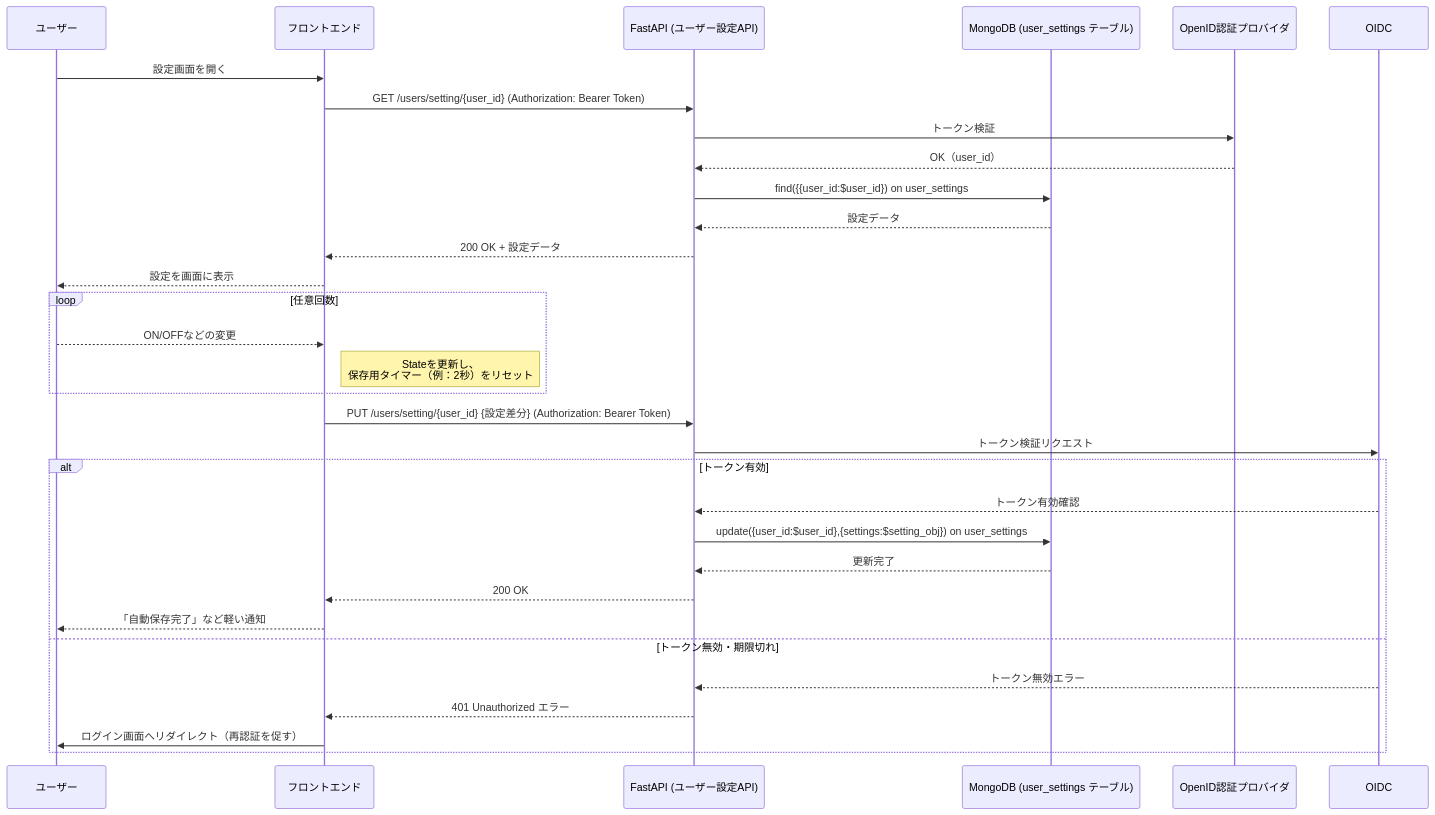
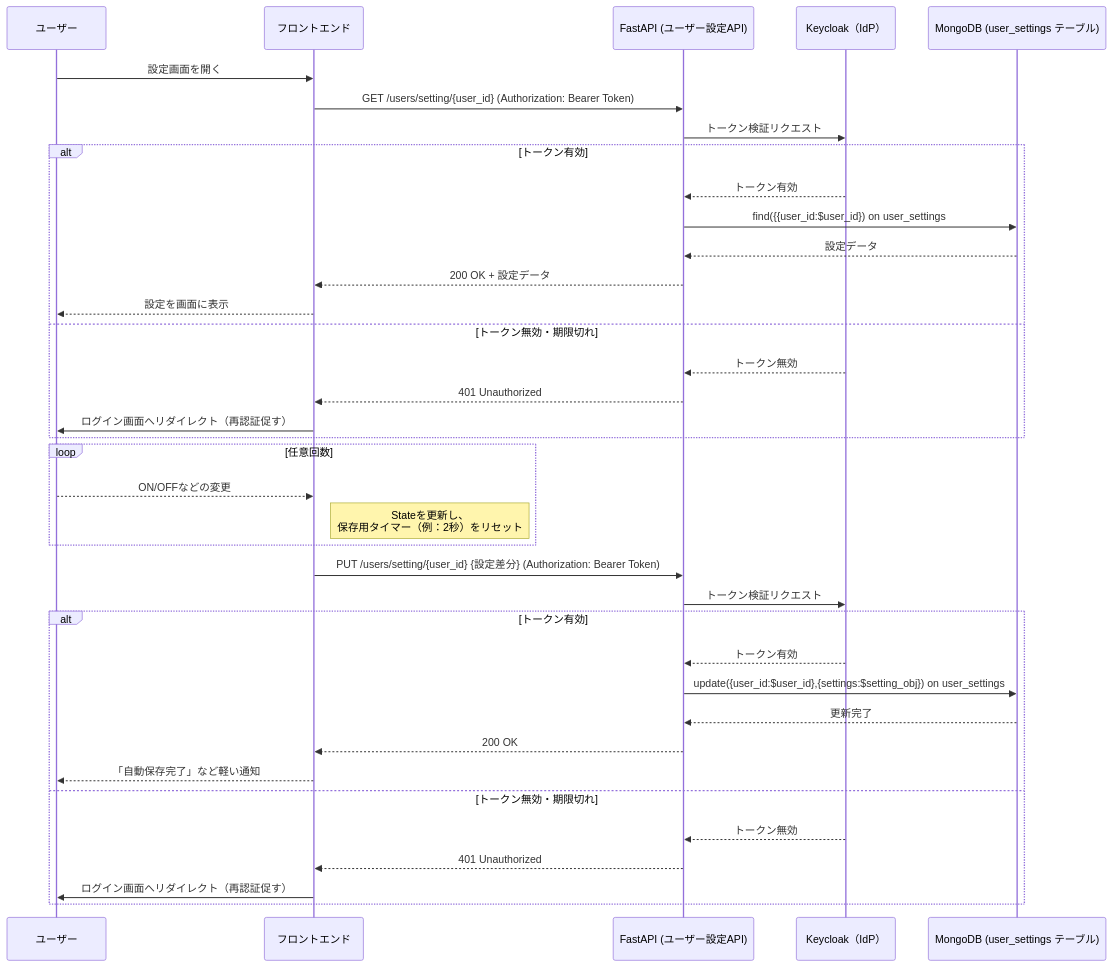
The tenth of 10 diagrams in sequence/README.md (Yumapon/microservice_app), drawn with Mermaid before and after one commit. The commit also changed other lines of this file and 14 other files, not shown here.

Commit message:
sequence and openapi

````diff
--- a/sequence/README.md
+++ b/sequence/README.md
@@ -187,39 +467,45 @@
 ```mermaid
 sequenceDiagram
     participant User as ユーザー
     participant Frontend as フロントエンド
     participant API as FastAPI (ユーザー設定API)
+    participant Keycloak as Keycloak（IdP）
     participant RDB as MongoDB (user_settings テーブル)
-    participant Auth as OpenID認証プロバイダ
 
     %% 初期設定取得
     User->>Frontend: 設定画面を開く
     Frontend->>API: GET /users/setting/{user_id} (Authorization: Bearer Token)
-    API->>Auth: トークン検証
-    Auth-->>API: OK（user_id）
-    API->>RDB: find({{user_id:$user_id}) on user_settings
-    RDB-->>API: 設定データ
-    API-->>Frontend: 200 OK + 設定データ
-    Frontend-->>User: 設定を画面に表示
+    API->>Keycloak: トークン検証リクエスト
+    alt トークン有効
+        Keycloak-->>API: トークン有効
+        API->>RDB: find({{user_id:$user_id}) on user_settings
+        RDB-->>API: 設定データ
+        API-->>Frontend: 200 OK + 設定データ
+        Frontend-->>User: 設定を画面に表示
+    else トークン無効・期限切れ
+        Keycloak-->>API: トークン無効
+        API-->>Frontend: 401 Unauthorized
+        Frontend->>User: ログイン画面へリダイレクト（再認証促す）
+    end
 
     %% ユーザーが設定変更
     loop 任意回数
         User-->>Frontend: ON/OFFなどの変更
         note right of Frontend: Stateを更新し、<br>保存用タイマー（例：2秒）をリセット
     end
 
     %% 一定時間操作がない場合のみ送信
     Frontend->>API: PUT /users/setting/{user_id} {設定差分} (Authorization: Bearer Token)
-    API->>OIDC: トークン検証リクエスト
+    API->>Keycloak: トークン検証リクエスト
     alt トークン有効
-        OIDC-->>API: トークン有効確認
+        Keycloak-->>API: トークン有効
         API->>RDB: update({user_id:$user_id},{settings:$setting_obj}) on user_settings
         RDB-->>API: 更新完了
         API-->>Frontend: 200 OK
         Frontend-->>User: 「自動保存完了」など軽い通知
     else トークン無効・期限切れ
-        OIDC-->>API: トークン無効エラー
-        API-->>Frontend: 401 Unauthorized エラー
-        Frontend->>User: ログイン画面へリダイレクト（再認証を促す）
+        Keycloak-->>API: トークン無効
+        API-->>Frontend: 401 Unauthorized
+        Frontend->>User: ログイン画面へリダイレクト（再認証促す）
     end
 ```
````
